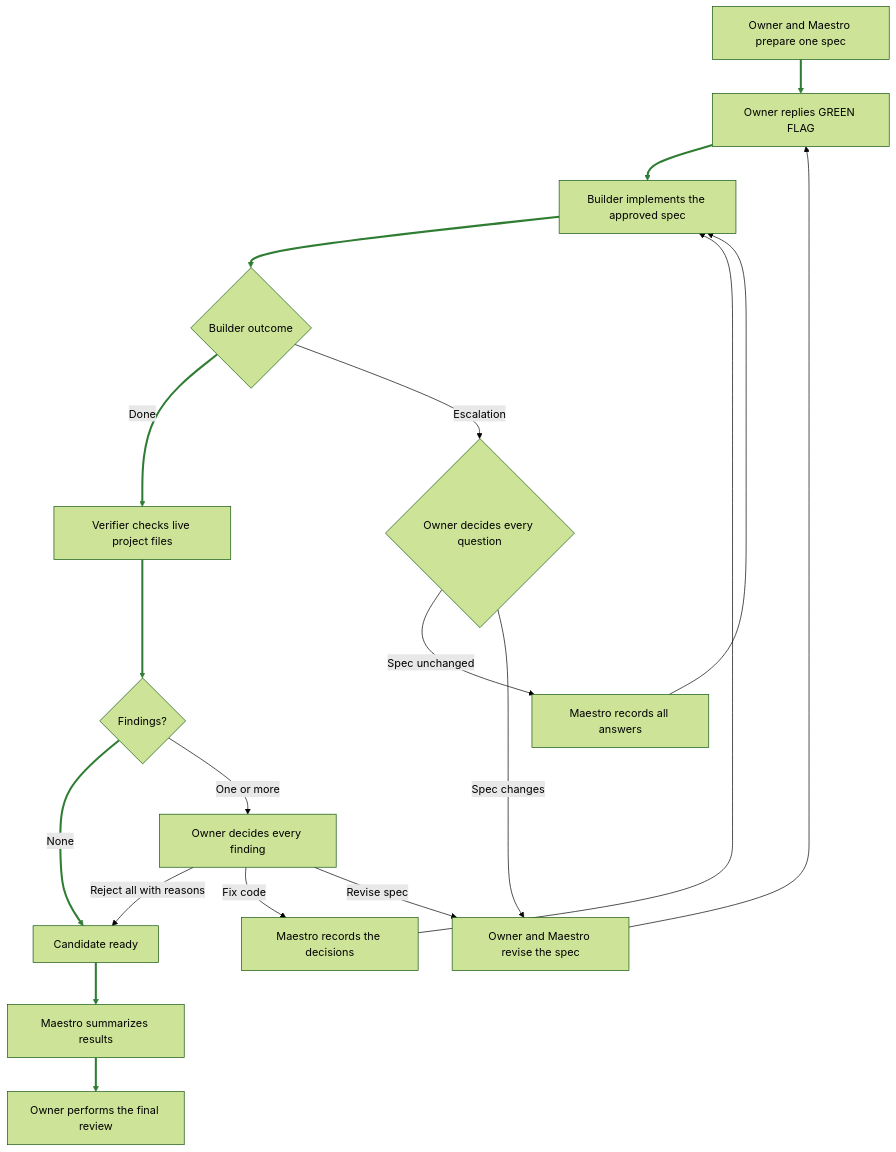
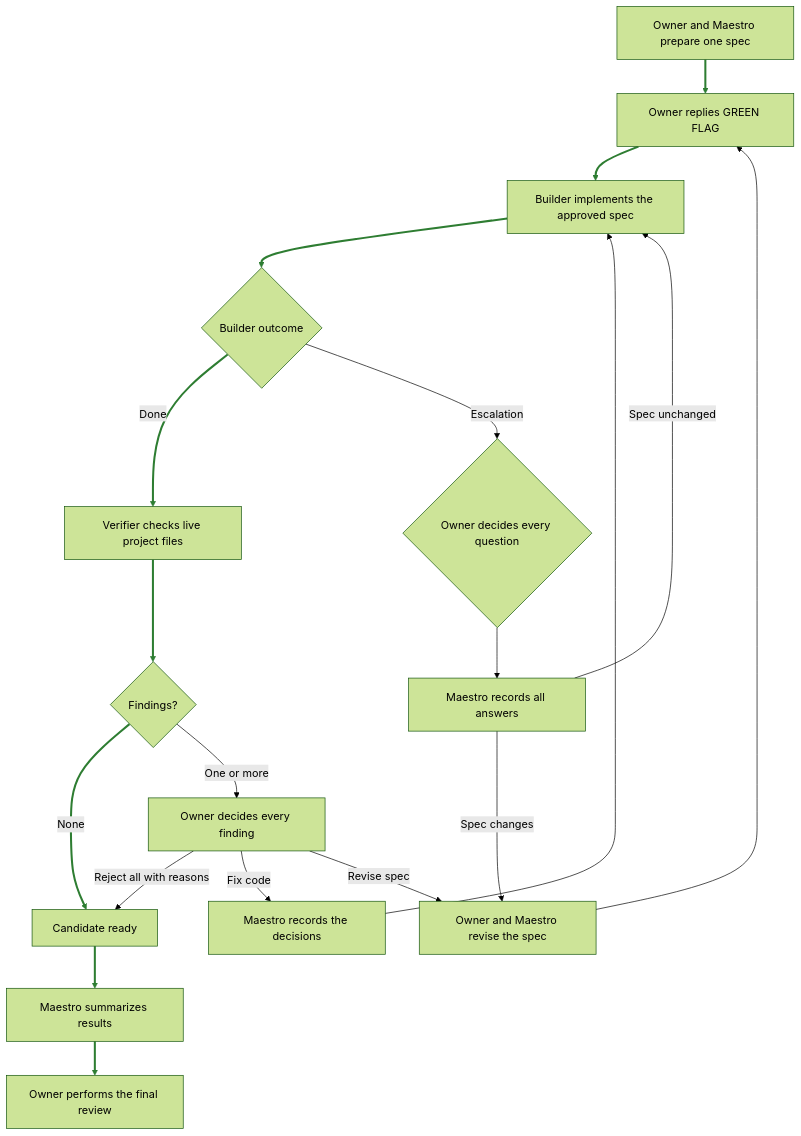
One commit to emilioSp/pi-maestro changed the diagram in docs/workflow.md. Above: the diagram before and after it, drawn with Mermaid (forest theme). The commit also changed other lines of this file and 2 other files, not shown here.

````diff
--- a/docs/workflow.md
+++ b/docs/workflow.md
@@ -44,36 +44,36 @@
 ```mermaid
 flowchart TD
     spec[Owner and Maestro prepare one spec]
     approval[Owner replies GREEN FLAG]
     build[Builder implements the approved spec]
     buildOutcome{Builder outcome}
     verify[Verifier checks live project files]
     findings{Findings?}
     candidate[Candidate ready]
     summary[Maestro summarizes results]
     review[Owner performs the final review]
 
     spec --> approval
     approval --> build
     build --> buildOutcome
     buildOutcome -->|Done| verify
     verify --> findings
     findings -->|None| candidate
 
     buildOutcome -->|Escalation| ownerEscalation{Owner decides every question}
-    ownerEscalation -->|Spec unchanged| recordEscalation[Maestro records all answers]
-    recordEscalation --> build
-    ownerEscalation -->|Spec changes| reviseSpec[Owner and Maestro revise the spec]
+    ownerEscalation --> recordEscalation[Maestro records all answers]
+    recordEscalation -->|Spec unchanged| build
+    recordEscalation -->|Spec changes| reviseSpec[Owner and Maestro revise the spec]
     reviseSpec --> approval
 
     findings -->|One or more| ownerFindings[Owner decides every finding]
     ownerFindings -->|Reject all with reasons| candidate
     ownerFindings -->|Fix code| recordFixes[Maestro records the decisions]
     recordFixes --> build
     ownerFindings -->|Revise spec| reviseSpec
 
     candidate --> summary
     summary --> review
 
     linkStyle 0,1,2,3,4,5,16,17 stroke:#2e7d32,stroke-width:3px
 ```
````
